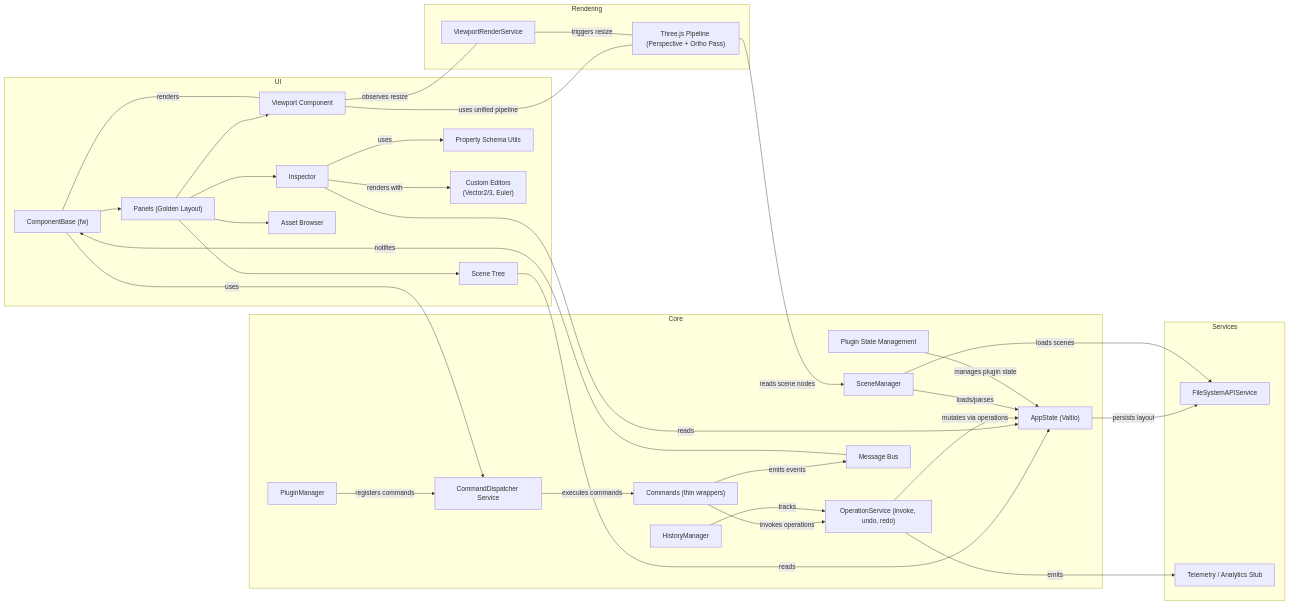
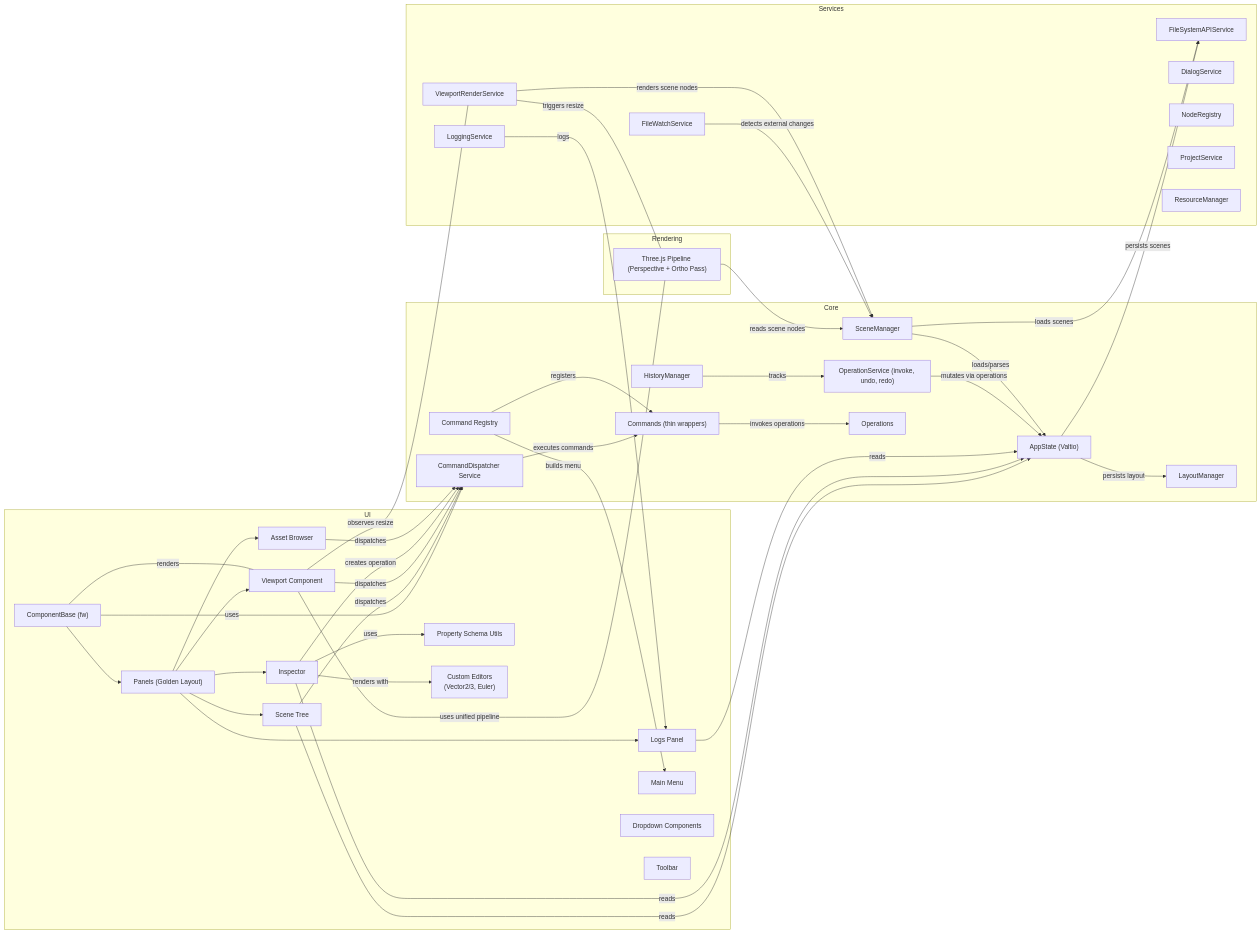
Before and after one commit to pix3dev/pix3-core: the first of 5 diagrams in docs/architecture.md, drawn with Mermaid. The commit also changed other lines of this file and 1 other file, not shown here.

````diff
--- a/docs/architecture.md
+++ b/docs/architecture.md
@@ -9,63 +9,78 @@
 ```mermaid
 flowchart LR
   subgraph UI
     A["ComponentBase (fw)"] --> B["Panels (Golden Layout)"]
     B --> C["Scene Tree"]
     B --> D["Viewport Component"]
     B --> E["Inspector"]
     B --> F["Asset Browser"]
+    B --> G["Logs Panel"]
     E2["Property Schema Utils"]
     E -->|uses| E2
     E3["Custom Editors<br/>(Vector2/3, Euler)"]
     E -->|renders with| E3
+    H["Main Menu"]
+    I["Dropdown Components"]
+    J["Toolbar"]
   end
 
   subgraph Core
-    G["AppState (Valtio)"]
-    H["OperationService (invoke, undo, redo)"]
-    I["HistoryManager"]
-    J["SceneManager"]
-    K["PluginManager"]
-    L["Plugin State Management"]
+    K["AppState (Valtio)"]
+    L["OperationService (invoke, undo, redo)"]
+    M["HistoryManager"]
+    N["SceneManager"]
+    O["LayoutManager"]
     P["CommandDispatcher Service"]
     Q["Commands (thin wrappers)"]
-    S["Message Bus"]
+    R["Operations"]
+    S["Command Registry"]
   end
 
   subgraph Services
-    M["FileSystemAPIService"]
-    N["Telemetry / Analytics Stub"]
+    T["FileSystemAPIService"]
+    U["FileWatchService"]
+    V["DialogService"]
+    W["LoggingService"]
+    X["NodeRegistry"]
+    Y["ProjectService"]
+    Z["ResourceManager"]
+    AA["ViewportRenderService"]
   end
 
   subgraph Rendering
-    O["Three.js Pipeline (Perspective + Ortho Pass)"]
-    R["ViewportRenderService"]
+    AB["Three.js Pipeline (Perspective + Ortho Pass)"]
   end
 
   A ---|renders| D
-  D ---|uses unified pipeline| O
-  D ---|observes resize| R
-  R ---|triggers resize| O
+  D ---|uses unified pipeline| AB
+  D ---|observes resize| AA
+  AA ---|triggers resize| AB
 
-  C -->|reads| G
-  E -->|reads| G
+  C -->|reads| K
+  E -->|reads| K
+  G -->|reads| K
   P -->|executes commands| Q
-  Q -->|invokes operations| H
-  Q -->|emits events| S
-  H -->|mutates via operations| G
-  I -->|tracks| H
-  J -->|loads/parses| G
-  K -->|registers commands| P
-  L -->|manages plugin state| G
+  Q -->|invokes operations| R
+  L -->|mutates via operations| K
+  M -->|tracks| L
+  N -->|loads/parses| K
+  S -->|registers| Q
+  S -->|builds menu| H
 
-  G -->|persists layout| M
-  H -->|emits| N
-  J -->|loads scenes| M
+  K -->|persists layout| O
+  K -->|persists scenes| T
+  N -->|loads scenes| T
+  U -->|detects external changes| N
+
+  W -->|logs| G
+  AA -->|renders scene nodes| N
 
   %% All actions go through CommandDispatcher
   A -->|uses| P
+  C -->|dispatches| P
+  D -->|dispatches| P
+  E -->|creates operation| P
+  F -->|dispatches| P
 
-  S -->|notifies| A
-
-  O -->|reads scene nodes| J
+  AB -->|reads scene nodes| N
 ```
````
